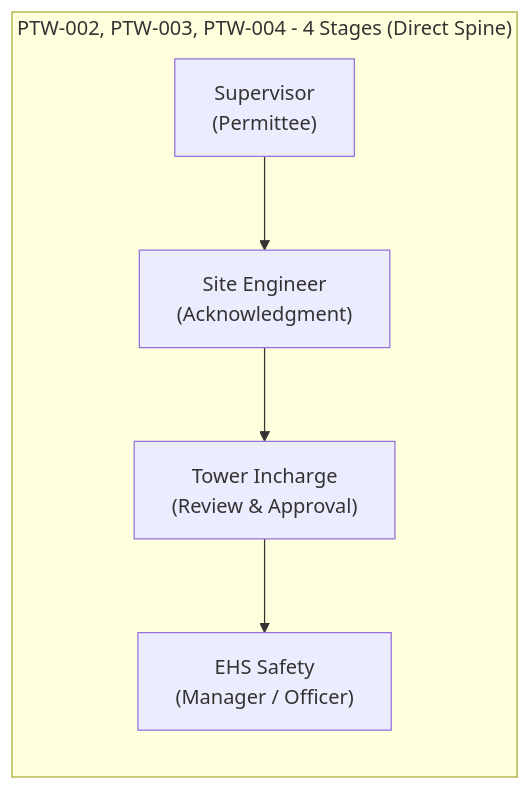
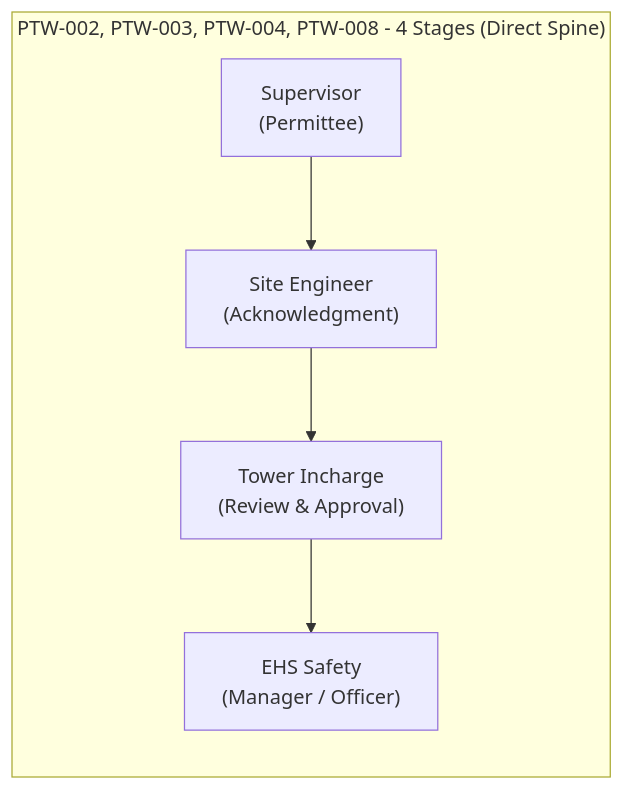
Before and after one commit to AuroGroupAutomationBot/ARPL-EHS-Demo: the fifth of 32 diagrams in README.md, drawn with Mermaid. The commit also changed other lines of this file and 5 other files, not shown here.

````diff
--- a/README.md
+++ b/README.md
@@ -366,8 +369,8 @@
 ```mermaid
 graph LR
-    subgraph "PTW-002, PTW-003, PTW-004 - 4 Stages (Direct Spine)"
+    subgraph "PTW-002, PTW-003, PTW-004, PTW-008 - 4 Stages (Direct Spine)"
         H1["Supervisor<br/>(Permittee)"] --> H2["Site Engineer<br/>(Acknowledgment)"]
         H2 --> H3["Tower Incharge<br/>(Review & Approval)"]
         H3 --> H4["EHS Safety<br/>(Manager / Officer)"]
     end
 ```
````
